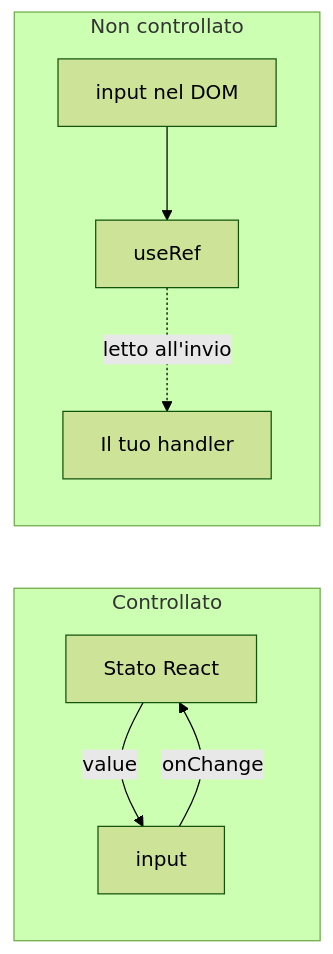
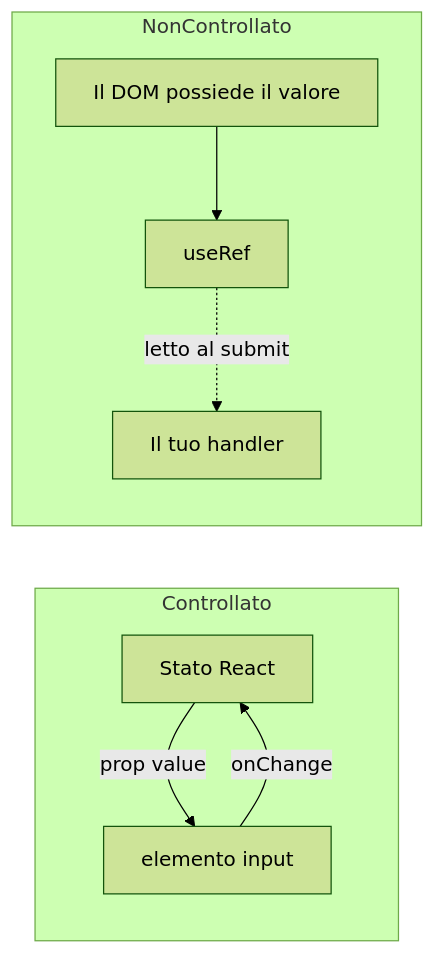
Before and after one commit to BabaScience/react-guides: the tenth of 10 diagrams in arguments/chapters/it/01-fundamentals.md, drawn with Mermaid (forest theme). The commit also changed other lines of this file and 46 other files, not shown here.

````diff
--- a/arguments/chapters/it/01-fundamentals.md
+++ b/arguments/chapters/it/01-fundamentals.md
@@ -337,11 +1227,11 @@
 ```mermaid
 graph LR
     subgraph Controllato
-        State[Stato React] -->|value| Input1[input]
+        State[Stato React] -->|prop value| Input1[elemento input]
         Input1 -->|onChange| State
     end
-    subgraph NonControllato["Non controllato"]
-        DOM[input nel DOM] --> Ref[useRef]
-        Ref -.->|letto all'invio| Code[Il tuo handler]
+    subgraph NonControllato
+        DOM[Il DOM possiede il valore] --> Ref[useRef]
+        Ref -.->|letto al submit| Code[Il tuo handler]
     end
 ```
````
